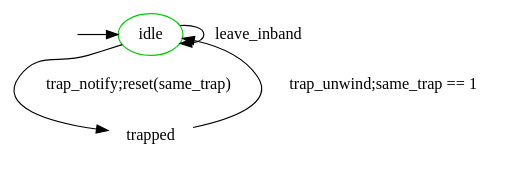
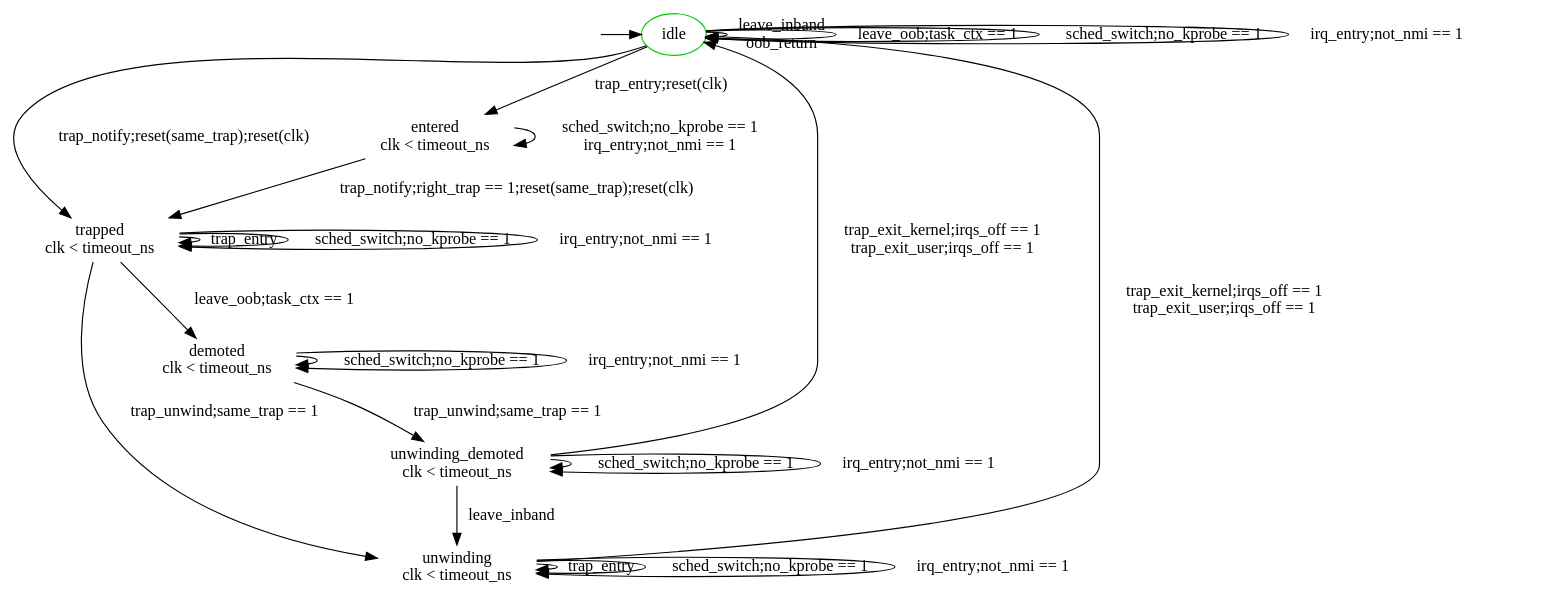
The diagram in tools/verification/models/oob_trap.dot (TobiasSchaffner/linux), drawn with Graphviz before and after one commit. The commit also changed 16 other files, not shown here.

```diff
--- a/tools/verification/models/oob_trap.dot
+++ b/tools/verification/models/oob_trap.dot
@@ -1,14 +1,44 @@
 digraph state_automaton {
 	{node [shape = plaintext, style=invis, label=""] "__init_idle"};
 	{node [shape = ellipse] "idle"};
 	{node [shape = plaintext] "trapped"};
+	{node [shape = plaintext] "demoted"};
+	{node [shape = plaintext] "unwinding"};
+	{node [shape = plaintext] "unwinding_demoted"};
+	{node [shape = plaintext] "entered"};
 	"__init_idle" -> "idle";
 	"idle" [label = "idle", color = green3];
-	"idle" -> "trapped" [ label = "trap_notify;reset(same_trap)" ];
-	"trapped" -> "idle" [ label = "trap_unwind;same_trap == 1" ];
-	"idle" -> "idle" [ label = "leave_inband" ];
+	"trapped" [label = "trapped\nclk < timeout_ns"];
+	"demoted" [label = "demoted\nclk < timeout_ns"];
+	"unwinding" [label = "unwinding\nclk < timeout_ns"];
+	"unwinding_demoted" [label = "unwinding_demoted\nclk < timeout_ns"];
+	"entered" [label = "entered\nclk < timeout_ns"];
+	"idle" -> "entered" [ label = "trap_entry;reset(clk)" ];
+	"entered" -> "trapped" [ label = "trap_notify;right_trap == 1;reset(same_trap);reset(clk)" ];
+	"trapped" -> "trapped" [ label = "trap_entry" ];
+	"unwinding" -> "unwinding" [ label = "trap_entry" ];
+	"entered" -> "entered" [ label = "sched_switch;no_kprobe == 1\nirq_entry;not_nmi == 1" ];
+	"idle" -> "trapped" [ label = "trap_notify;reset(same_trap);reset(clk)" ];
+	"trapped" -> "demoted" [ label = "leave_oob;task_ctx == 1" ];
+	"trapped" -> "unwinding" [ label = "trap_unwind;same_trap == 1" ];
+	"demoted" -> "unwinding_demoted" [ label = "trap_unwind;same_trap == 1" ];
+	"unwinding_demoted" -> "unwinding" [ label = "leave_inband" ];
+	"unwinding" -> "idle" [ label = "trap_exit_kernel;irqs_off == 1\ntrap_exit_user;irqs_off == 1" ];
+	"unwinding_demoted" -> "idle" [ label = "trap_exit_kernel;irqs_off == 1\ntrap_exit_user;irqs_off == 1" ];
+	"idle" -> "idle" [ label = "leave_inband\noob_return" ];
+	"idle" -> "idle" [ label = "leave_oob;task_ctx == 1" ];
+	"idle" -> "idle" [ label = "sched_switch;no_kprobe == 1" ];
+	"trapped" -> "trapped" [ label = "sched_switch;no_kprobe == 1" ];
+	"demoted" -> "demoted" [ label = "sched_switch;no_kprobe == 1" ];
+	"unwinding" -> "unwinding" [ label = "sched_switch;no_kprobe == 1" ];
+	"unwinding_demoted" -> "unwinding_demoted" [ label = "sched_switch;no_kprobe == 1" ];
+	"idle" -> "idle" [ label = "irq_entry;not_nmi == 1" ];
+	"trapped" -> "trapped" [ label = "irq_entry;not_nmi == 1" ];
+	"demoted" -> "demoted" [ label = "irq_entry;not_nmi == 1" ];
+	"unwinding" -> "unwinding" [ label = "irq_entry;not_nmi == 1" ];
+	"unwinding_demoted" -> "unwinding_demoted" [ label = "irq_entry;not_nmi == 1" ];
 	{ rank = min ;
 		"__init_idle";
 		"idle";
 	}
 }
```
